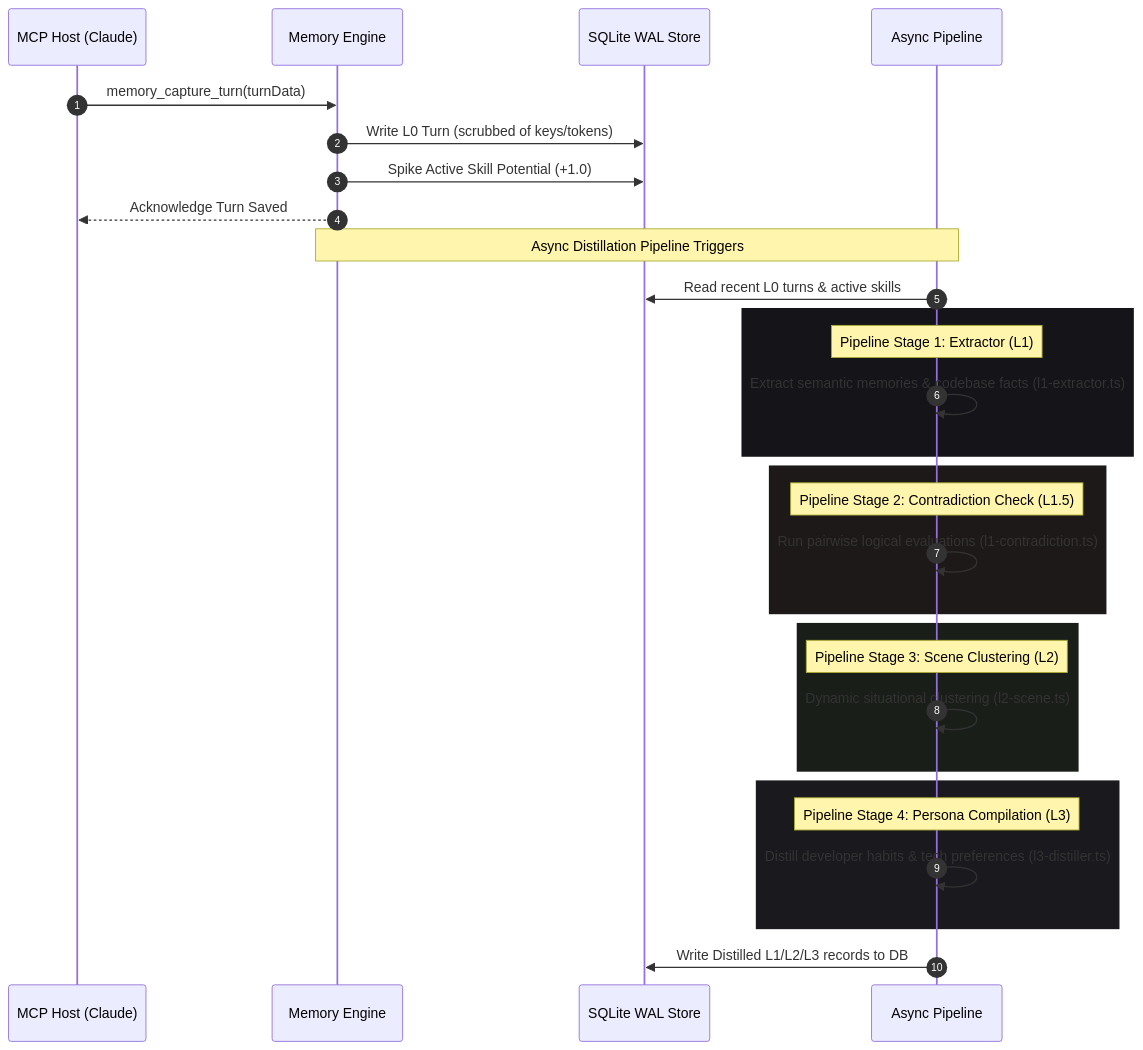
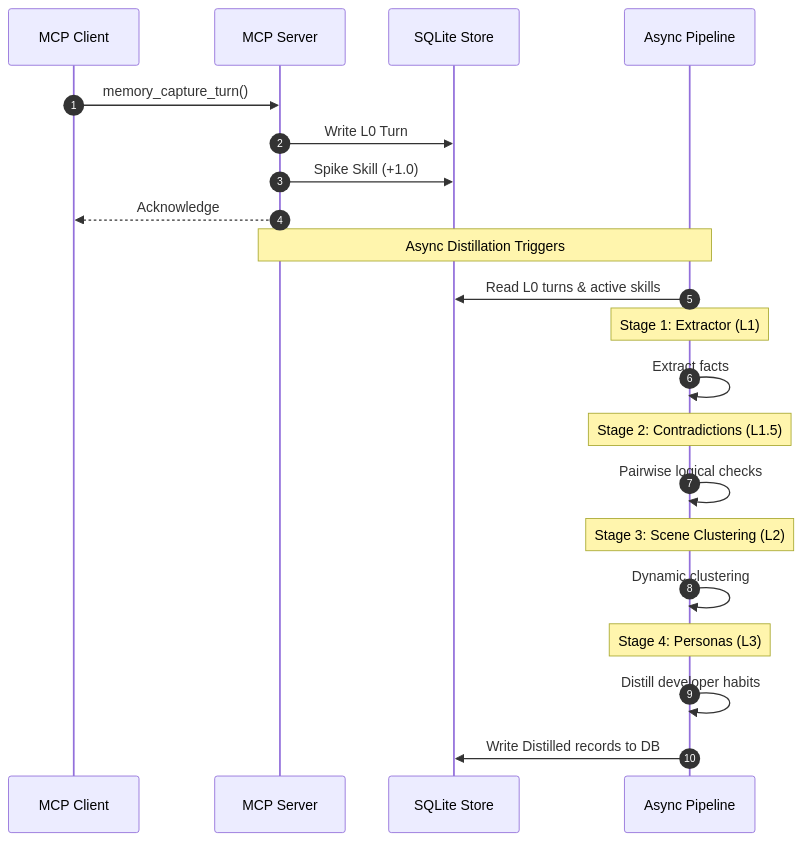
The second of 4 diagrams in BRAINROUTER.md (kinqsradiollc/BrainRouter), drawn with Mermaid before and after one commit. The commit also changed other lines of this file and 1 other file, not shown here.

Commit message:
docs: improve mermaid graph rendering for github dark mode and responsiveness

````diff
--- a/BRAINROUTER.md
+++ b/BRAINROUTER.md
@@ -145,39 +145,31 @@
 ```mermaid
 sequenceDiagram
     autonumber
-    participant Host as MCP Host (Claude)
-    participant Engine as Memory Engine
-    participant Store as SQLite WAL Store
+    participant Host as MCP Client
+    participant Engine as MCP Server
+    participant Store as SQLite Store
     participant Pipeline as Async Pipeline
 
-    Host->>Engine: memory_capture_turn(turnData)
-    Engine->>Store: Write L0 Turn (scrubbed of keys/tokens)
-    Engine->>Store: Spike Active Skill Potential (+1.0)
-    Engine-->>Host: Acknowledge Turn Saved
+    Host->>Engine: memory_capture_turn()
+    Engine->>Store: Write L0 Turn
+    Engine->>Store: Spike Skill (+1.0)
+    Engine-->>Host: Acknowledge
     
-    Note over Engine, Pipeline: Async Distillation Pipeline Triggers
+    Note over Engine, Pipeline: Async Distillation Triggers
     
-    Pipeline->>Store: Read recent L0 turns & active skills
+    Pipeline->>Store: Read L0 turns & active skills
     
-    rect rgb(20, 20, 25)
-        Note over Pipeline: Pipeline Stage 1: Extractor (L1)
-        Pipeline->>Pipeline: Extract semantic memories & codebase facts (l1-extractor.ts)
-    end
+    Note over Pipeline: Stage 1: Extractor (L1)
+    Pipeline->>Pipeline: Extract facts
     
-    rect rgb(30, 25, 25)
-        Note over Pipeline: Pipeline Stage 2: Contradiction Check (L1.5)
-        Pipeline->>Pipeline: Run pairwise logical evaluations (l1-contradiction.ts)
-    end
+    Note over Pipeline: Stage 2: Contradictions (L1.5)
+    Pipeline->>Pipeline: Pairwise logical checks
     
-    rect rgb(25, 30, 25)
-        Note over Pipeline: Pipeline Stage 3: Scene Clustering (L2)
-        Pipeline->>Pipeline: Dynamic situational clustering (l2-scene.ts)
-    end
+    Note over Pipeline: Stage 3: Scene Clustering (L2)
+    Pipeline->>Pipeline: Dynamic clustering
     
-    rect rgb(25, 25, 30)
-        Note over Pipeline: Pipeline Stage 4: Persona Compilation (L3)
-        Pipeline->>Pipeline: Distill developer habits & tech preferences (l3-distiller.ts)
-    end
+    Note over Pipeline: Stage 4: Personas (L3)
+    Pipeline->>Pipeline: Distill developer habits
 
-    Pipeline->>Store: Write Distilled L1/L2/L3 records to DB
+    Pipeline->>Store: Write Distilled records to DB
 ```
````
